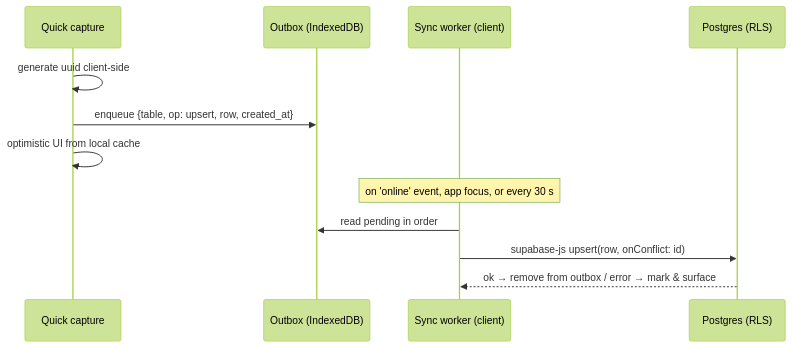
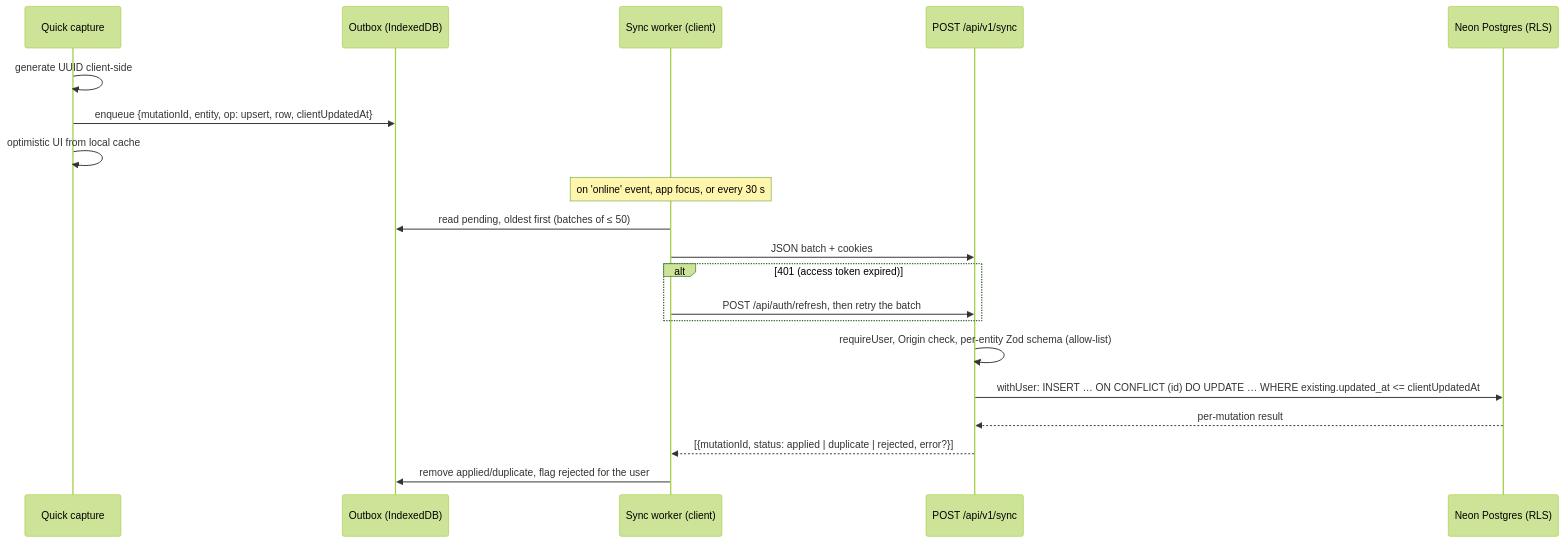
Before and after one commit to farhancc/tracking: the third of 4 diagrams in docs/05-component-architecture.md, drawn with Mermaid (forest theme). The commit also changed other lines of this file and 9 other files, not shown here.

First line of the commit message:
Switch architecture to Neon Postgres and self-issued JWT auth

````diff
--- a/docs/05-component-architecture.md
+++ b/docs/05-component-architecture.md
@@ -53,14 +78,22 @@
 ```mermaid
 sequenceDiagram
   participant C as Quick capture
   participant O as Outbox (IndexedDB)
   participant S as Sync worker (client)
-  participant DB as Postgres (RLS)
-  C->>C: generate uuid client-side
-  C->>O: enqueue {table, op: upsert, row, created_at}
+  participant API as POST /api/v1/sync
+  participant DB as Neon Postgres (RLS)
+  C->>C: generate UUID client-side
+  C->>O: enqueue {mutationId, entity, op: upsert, row, clientUpdatedAt}
   C->>C: optimistic UI from local cache
   Note over S: on 'online' event, app focus, or every 30 s
-  S->>O: read pending in order
-  S->>DB: supabase-js upsert(row, onConflict: id)
-  DB-->>S: ok → remove from outbox / error → mark & surface
+  S->>O: read pending, oldest first (batches of ≤ 50)
+  S->>API: JSON batch + cookies
+  alt 401 (access token expired)
+    S->>API: POST /api/auth/refresh, then retry the batch
+  end
+  API->>API: requireUser, Origin check, per-entity Zod schema (allow-list)
+  API->>DB: withUser: INSERT … ON CONFLICT (id) DO UPDATE … WHERE existing.updated_at <= clientUpdatedAt
+  DB-->>API: per-mutation result
+  API-->>S: [{mutationId, status: applied | duplicate | rejected, error?}]
+  S->>O: remove applied/duplicate, flag rejected for the user
 ```
````
